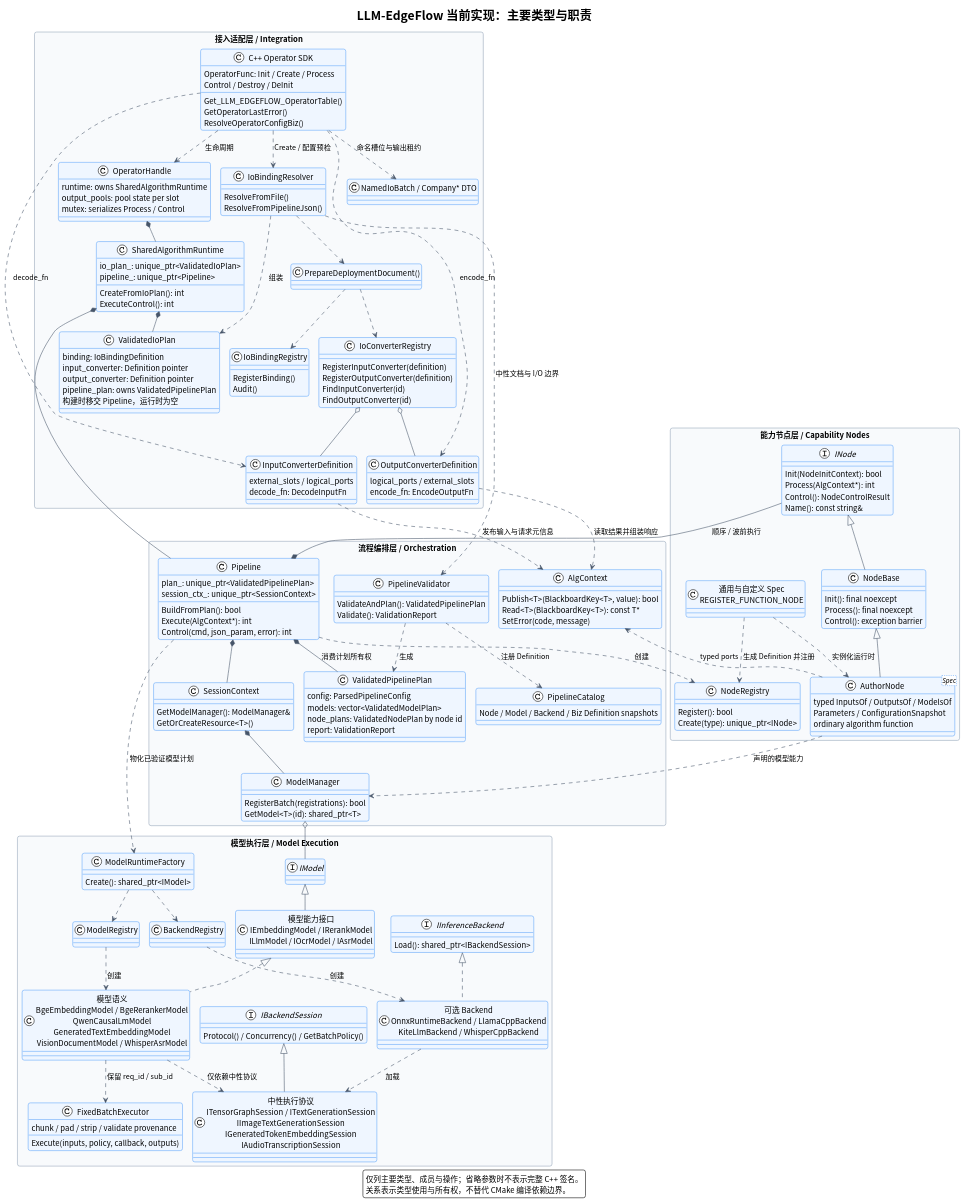
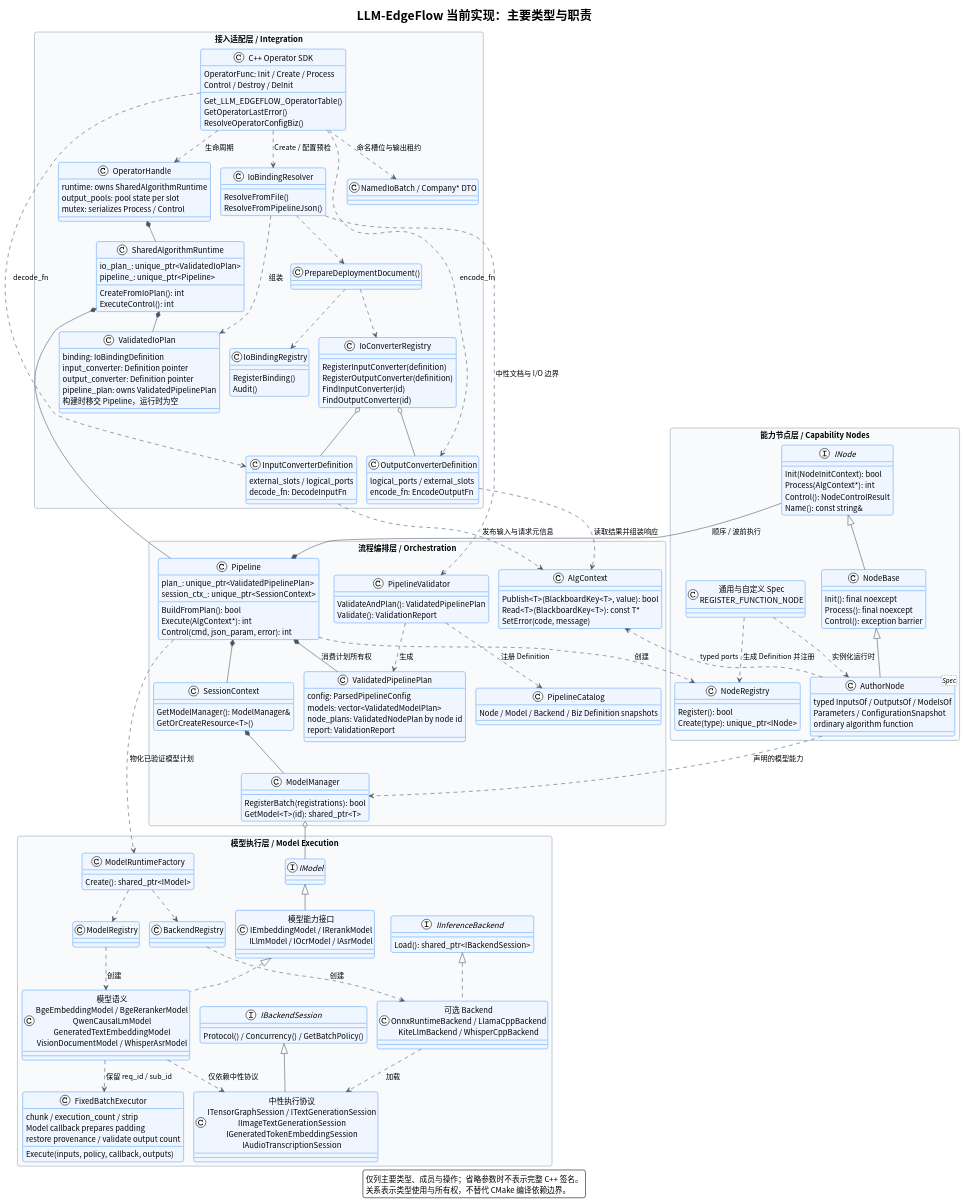
Before and after one commit to chamsechan/LLM-EdgeFlow: the diagram in doc/architecture_classes.puml, drawn with PlantUML. The commit also changed 14 other files, not shown here.

```diff
--- a/doc/architecture_classes.puml
+++ b/doc/architecture_classes.puml
@@ -150,7 +150,9 @@
   class "可选 Backend\nOnnxRuntimeBackend / LlamaCppBackend\nKiteLlmBackend / WhisperCppBackend" as Backends
   class FixedBatchExecutor {
     Execute(inputs, policy, callback, outputs)
-    chunk / pad / strip / validate provenance
+    chunk / execution_count / strip
+    Model callback prepares padding
+    restore provenance / validate output count
   }
 }
 
```
